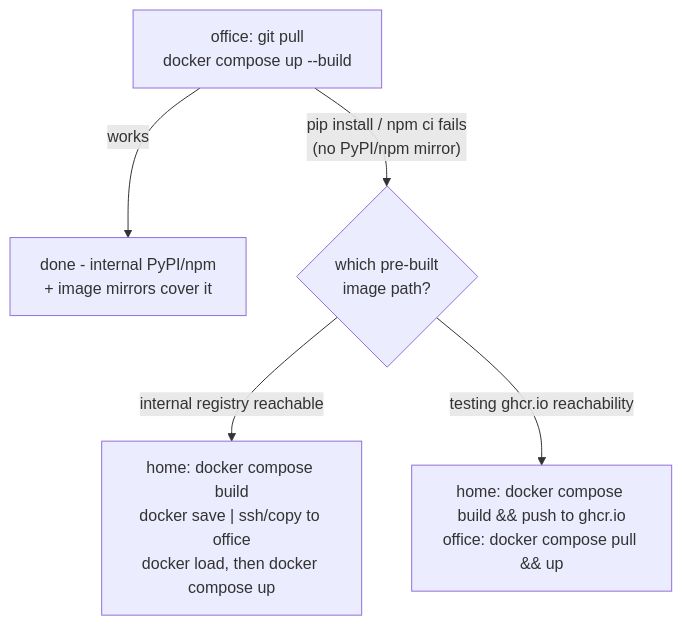
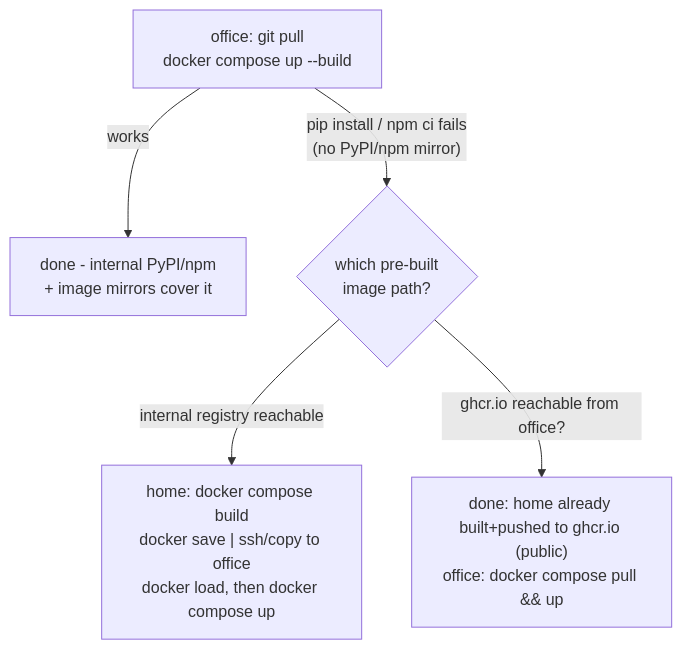
The second of 2 diagrams in README.md (mail2yee/intelligent-data-governance-agent-onprem), drawn with Mermaid before and after one commit. The commit also changed other lines of this file and 1 other file, not shown here.

First line of the commit message:
Document that GHCR publish path is now built, pushed, and public

````diff
--- a/README.md
+++ b/README.md
@@ -95,7 +95,7 @@
 ```mermaid
 flowchart TD
     A["office: git pull\ndocker compose up --build"] -->|works| Z["done - internal PyPI/npm\n+ image mirrors cover it"]
     A -->|"pip install / npm ci fails\n(no PyPI/npm mirror)"| B{"which pre-built\nimage path?"}
     B -->|"internal registry reachable"| C["home: docker compose build\ndocker save | ssh/copy to office\ndocker load, then docker compose up"]
-    B -->|"testing ghcr.io reachability"| D["home: docker compose build && push to ghcr.io\noffice: docker compose pull && up"]
+    B -->|"ghcr.io reachable from office?"| D["done: home already built+pushed to ghcr.io (public)\noffice: docker compose pull && up"]
 ```
````
